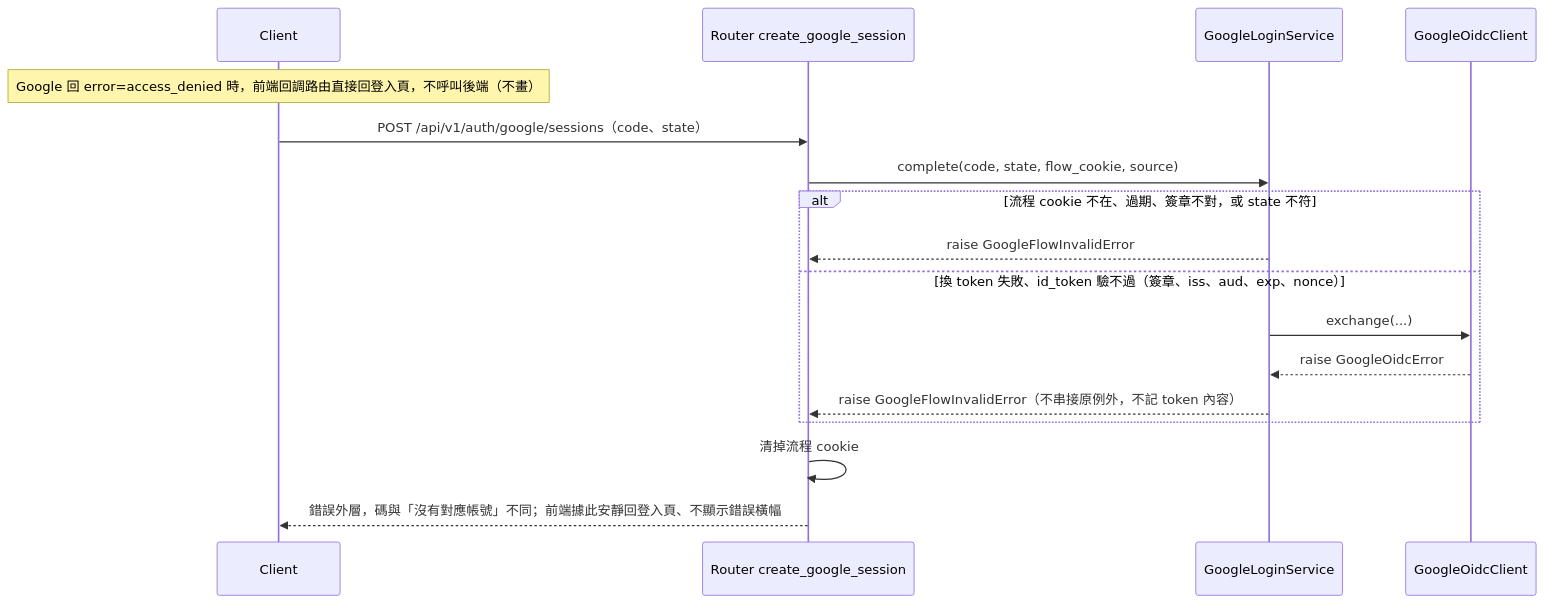
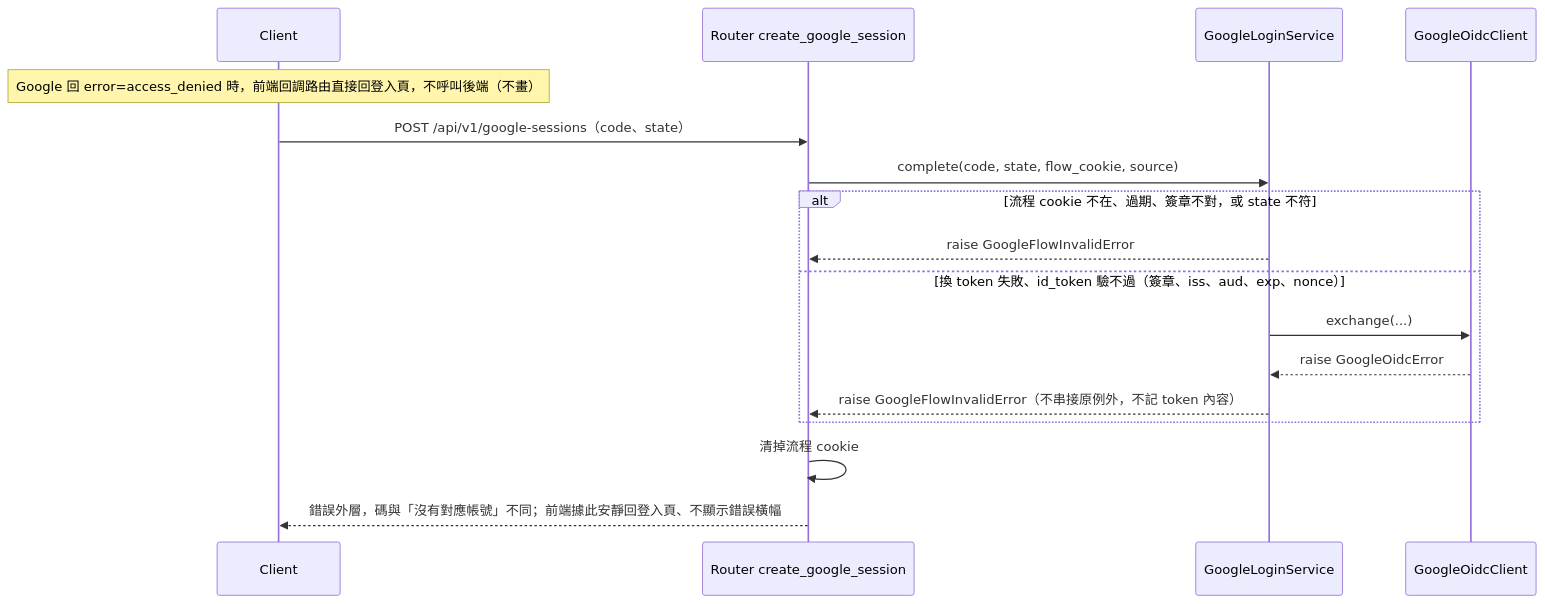
Before and after one commit to label-suite/label-suite: diagram 13 of 30 in openspec/changes/login-auth-guard/system-design.md, drawn with Mermaid. The commit also changed other lines of this file and 4 other files, not shown here.

First line of the commit message:
docs: write the api contract for login and auth guard (#719)

````diff
--- a/openspec/changes/login-auth-guard/system-design.md
+++ b/openspec/changes/login-auth-guard/system-design.md
@@ -596,19 +596,19 @@
 ```mermaid
 sequenceDiagram
   participant C as Client
   participant R as Router create_google_session
   participant G as GoogleLoginService
   participant O as GoogleOidcClient
   Note over C: Google 回 error=access_denied 時，前端回調路由直接回登入頁，不呼叫後端（不畫）
-  C->>R: POST /api/v1/auth/google/sessions（code、state）
+  C->>R: POST /api/v1/google-sessions（code、state）
   R->>G: complete(code, state, flow_cookie, source)
   alt 流程 cookie 不在、過期、簽章不對，或 state 不符
     G-->>R: raise GoogleFlowInvalidError
   else 換 token 失敗、id_token 驗不過（簽章、iss、aud、exp、nonce）
     G->>O: exchange(...)
     O-->>G: raise GoogleOidcError
     G-->>R: raise GoogleFlowInvalidError（不串接原例外，不記 token 內容）
   end
   R->>R: 清掉流程 cookie
   R-->>C: 錯誤外層，碼與「沒有對應帳號」不同；前端據此安靜回登入頁、不顯示錯誤橫幅
 ```
````
